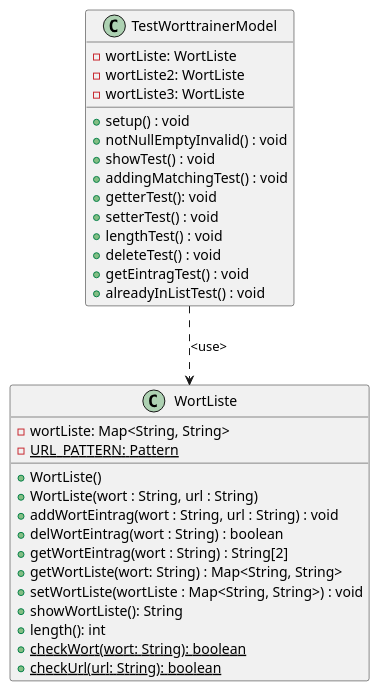
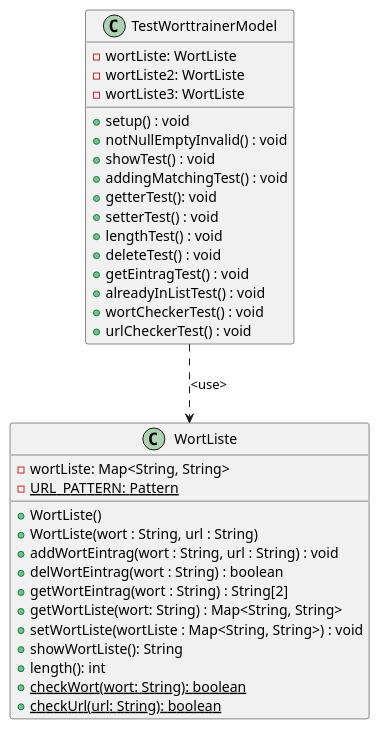
The diagram in src/main/resources/Worttrainer Reloaded.puml (TGM-HIT/sew9-2425-worttrainer-Batscho), drawn with PlantUML before and after one commit. The commit also changed 22 other files, not shown here.

```diff
--- a/src/main/resources/Worttrainer Reloaded.puml
+++ b/src/main/resources/Worttrainer Reloaded.puml
@@ -1,38 +1,40 @@
 @startuml
 'https://plantuml.com/class-diagram
 
 TestWorttrainerModel ..> WortListe : <use>
 
 class WortListe {
 - wortListe: Map<String, String>
 - {static} URL_PATTERN: Pattern
 + WortListe()
 + WortListe(wort : String, url : String)
 + addWortEintrag(wort : String, url : String) : void
 + delWortEintrag(wort : String) : boolean
 + getWortEintrag(wort : String) : String[2]
 + getWortListe(wort: String) : Map<String, String>
 + setWortListe(wortListe : Map<String, String>) : void
 + showWortListe(): String
 + length(): int
 + {static} checkWort(wort: String): boolean
 + {static} checkUrl(url: String): boolean
 }
 
 class TestWorttrainerModel {
 - wortListe: WortListe
 - wortListe2: WortListe
 - wortListe3: WortListe
 + setup() : void
 + notNullEmptyInvalid() : void
 + showTest() : void
 + addingMatchingTest() : void
 + getterTest(): void
 + setterTest() : void
 + lengthTest() : void
 + deleteTest() : void
 + getEintragTest() : void
 + alreadyInListTest() : void
++ wortCheckerTest() : void
++ urlCheckerTest() : void
 }
 
 @enduml
```
